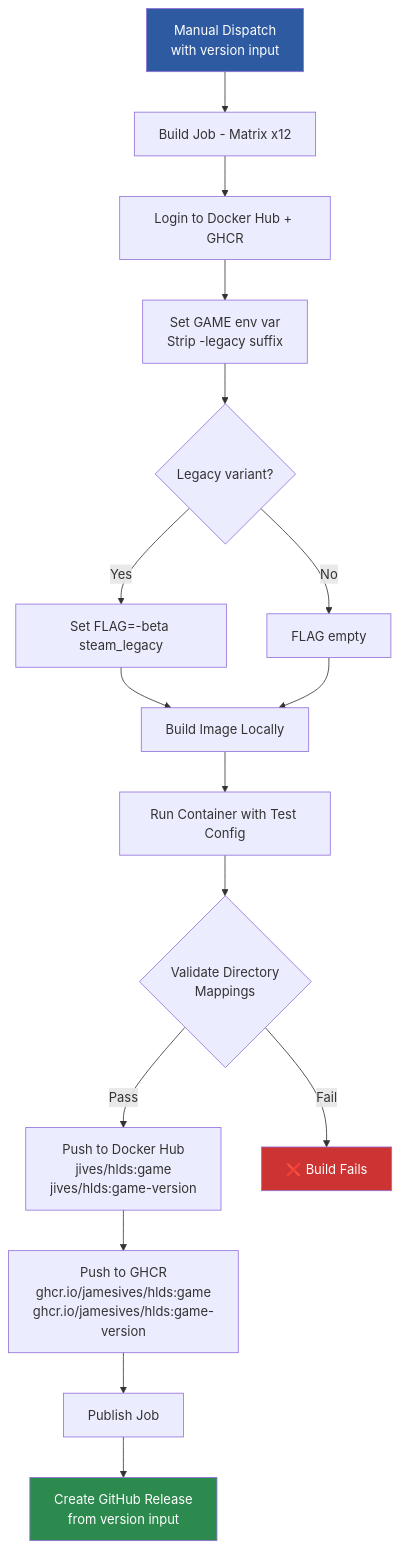
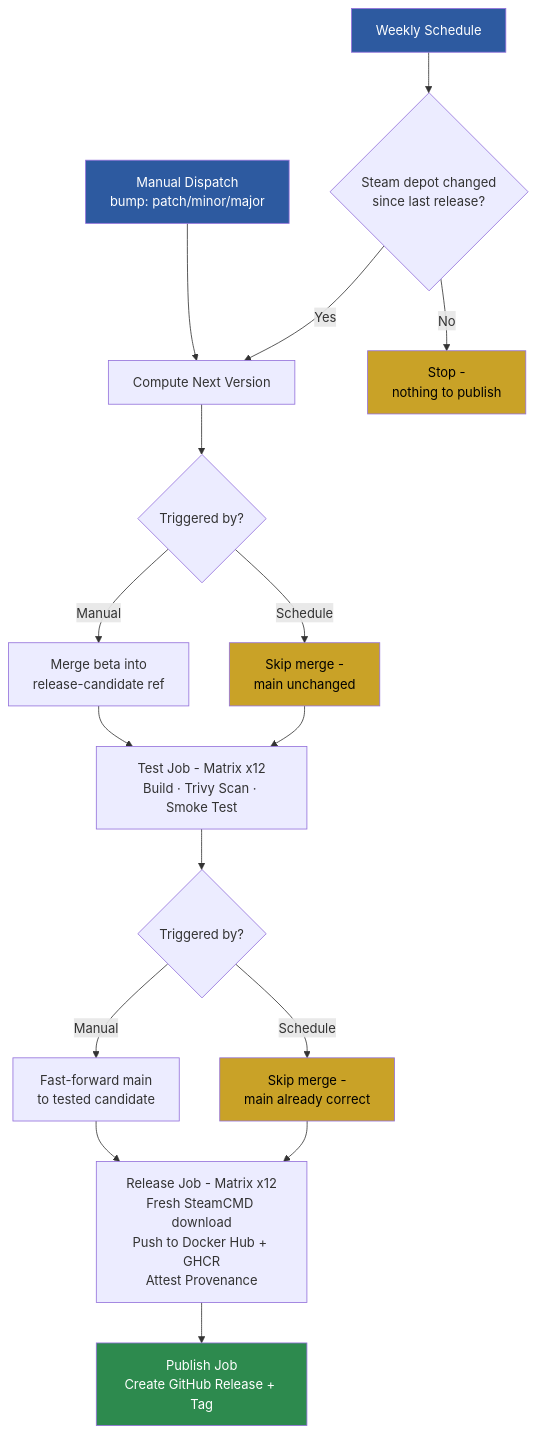
Before and after one commit to JamesIves/hlds-docker: the eighth of 13 diagrams in ARCHITECTURE.md, drawn with Mermaid. The commit also changed other lines of this file and 13 other files, not shown here.

````diff
--- a/ARCHITECTURE.md
+++ b/ARCHITECTURE.md
@@ -198,24 +229,34 @@
 ```mermaid
 flowchart TD
-    A[Manual Dispatch<br>with version input] --> D[Build Job - Matrix x12]
+    A[Manual Dispatch<br>bump: patch/minor/major] --> V[Compute Next Version]
+    B[Weekly Schedule] --> CHECK{Steam depot changed<br>since last release?}
+    CHECK -->|No| STOP[Stop -<br>nothing to publish]
+    CHECK -->|Yes| V
 
-    D --> E[Login to Docker Hub + GHCR]
-    E --> F[Set GAME env var<br>Strip -legacy suffix]
-    F --> G{Legacy variant?}
-    G -->|Yes| H["Set FLAG=-beta steam_legacy"]
-    G -->|No| I[FLAG empty]
-    H --> J
-    I --> J[Build Image Locally]
-    J --> K[Run Container with Test Config]
-    K --> L{Validate Directory<br>Mappings}
-    L -->|Pass| M[Push to Docker Hub<br>jives/hlds:game<br>jives/hlds:game-version]
-    L -->|Fail| X[❌ Build Fails]
-    M --> N[Push to GHCR<br>ghcr.io/jamesives/hlds:game<br>ghcr.io/jamesives/hlds:game-version]
+    V --> BRANCH{Triggered by?}
+    BRANCH -->|Manual| PREP["Merge beta into<br>release-candidate ref"]
+    BRANCH -->|Schedule| SKIP1["Skip merge -<br>main unchanged"]
 
-    N --> O[Publish Job]
-    O --> Q[Create GitHub Release<br>from version input]
+    PREP --> TEST
+    SKIP1 --> TEST
+
+    TEST["Test Job - Matrix x12<br>Build · Trivy Scan · Smoke Test"]
+
+    TEST --> BRANCH2{Triggered by?}
+    BRANCH2 -->|Manual| MERGE["Fast-forward main<br>to tested candidate"]
+    BRANCH2 -->|Schedule| SKIP2["Skip merge -<br>main already correct"]
+
+    MERGE --> RELEASE
+    SKIP2 --> RELEASE
+
+    RELEASE["Release Job - Matrix x12<br>Fresh SteamCMD download<br>Push to Docker Hub + GHCR<br>Attest Provenance"]
+
+    RELEASE --> PUBLISH[Publish Job<br>Create GitHub Release + Tag]
 
     style A fill:#2d5aa0,color:#fff
-    style Q fill:#2d8a4e,color:#fff
-    style X fill:#cc3333,color:#fff
+    style B fill:#2d5aa0,color:#fff
+    style PUBLISH fill:#2d8a4e,color:#fff
+    style SKIP1 fill:#c9a227,color:#000
+    style SKIP2 fill:#c9a227,color:#000
+    style STOP fill:#c9a227,color:#000
 ```
````
